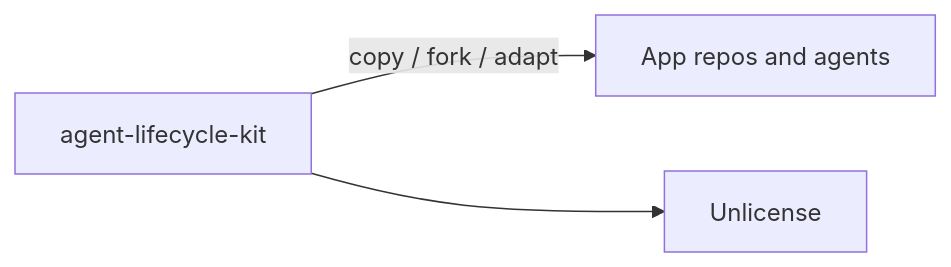
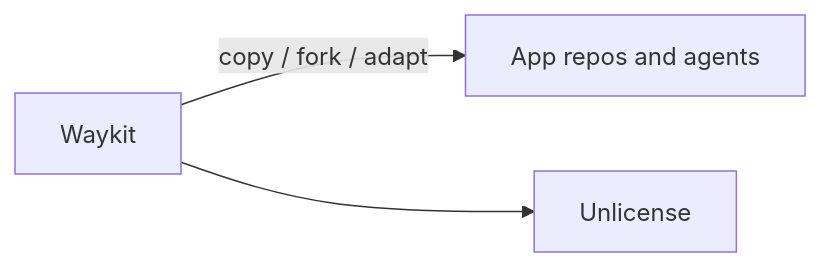
The diagram in docs/ADRs/0002-unlicense.md (mzworthington/agent-lifecycle-kit), drawn with Mermaid before and after one commit. The commit also changed 41 other files, not shown here.

Commit message:
refactor: rename Agent Lifecycle Kit to Waykit across all files for consistency and clarity

````diff
--- a/docs/ADRs/0002-unlicense.md
+++ b/docs/ADRs/0002-unlicense.md
@@ -37,5 +37,5 @@
 ```mermaid
 flowchart LR
-  Kit[agent-lifecycle-kit] -->|copy / fork / adapt| Consumer[App repos and agents]
+  Kit[Waykit] -->|copy / fork / adapt| Consumer[App repos and agents]
   Kit --> License[Unlicense]
 ```
````
